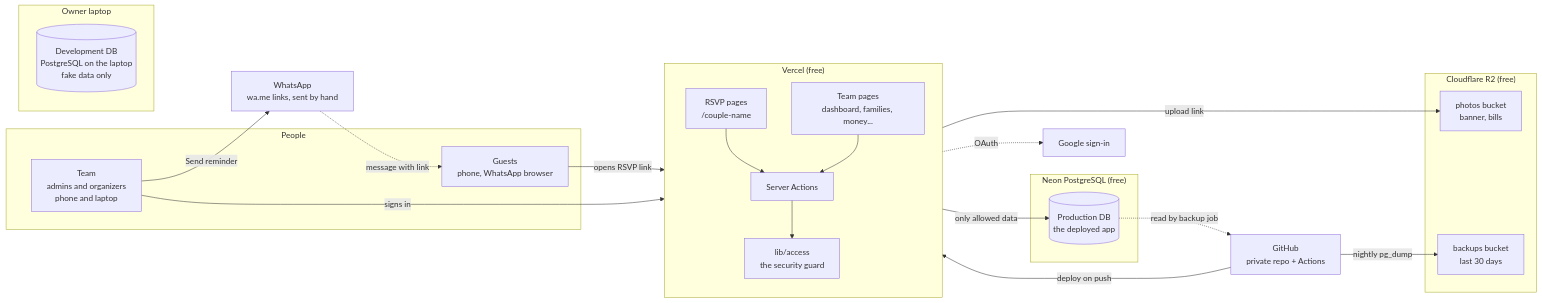
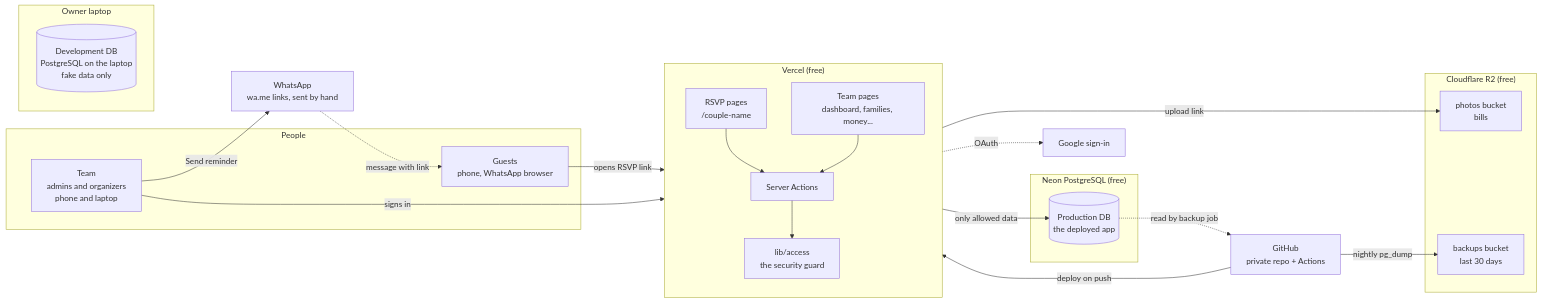
Before and after one commit to chanchal2003/Wedding-Planer-: the first of 5 diagrams in docs/architecture/2026-10-24-shaadidesk-architecture.md, drawn with Mermaid. The commit also changed 3 other files, not shown here.

````diff
--- a/docs/architecture/2026-10-24-shaadidesk-architecture.md
+++ b/docs/architecture/2026-10-24-shaadidesk-architecture.md
@@ -30,46 +30,46 @@
 ```mermaid
 flowchart LR
   subgraph People
     G["Guests<br/>phone, WhatsApp browser"]
     T["Team<br/>admins and organizers<br/>phone and laptop"]
   end
 
   subgraph Vercel["Vercel (free)"]
     direction TB
     RSVP["RSVP pages<br/>/couple-name"]
     TEAM["Team pages<br/>dashboard, families, money..."]
     SA["Server Actions"]
     ACC["lib/access<br/>the security guard"]
     RSVP --> SA
     TEAM --> SA
     SA --> ACC
   end
 
   subgraph Neon["Neon PostgreSQL (free)"]
     PROD[("Production DB<br/>the deployed app")]
   end
 
   subgraph Laptop["Owner laptop"]
     DEV[("Development DB<br/>PostgreSQL on the laptop<br/>fake data only")]
   end
 
   subgraph R2["Cloudflare R2 (free)"]
-    PH["photos bucket<br/>banner, bills"]
+    PH["photos bucket<br/>bills"]
     BK["backups bucket<br/>last 30 days"]
   end
 
   GO["Google sign-in"]
   WA["WhatsApp<br/>wa.me links, sent by hand"]
   GH["GitHub<br/>private repo + Actions"]
 
   G -->|"opens RSVP link"| RSVP
   T -->|"signs in"| TEAM
   TEAM -.->|"OAuth"| GO
   ACC -->|"only allowed data"| PROD
   SA -->|"upload link"| PH
   T -->|"Send reminder"| WA
   WA -.->|"message with link"| G
   GH -->|"deploy on push"| Vercel
   GH -->|"nightly pg_dump"| BK
   PROD -.->|"read by backup job"| GH
 ```
````
